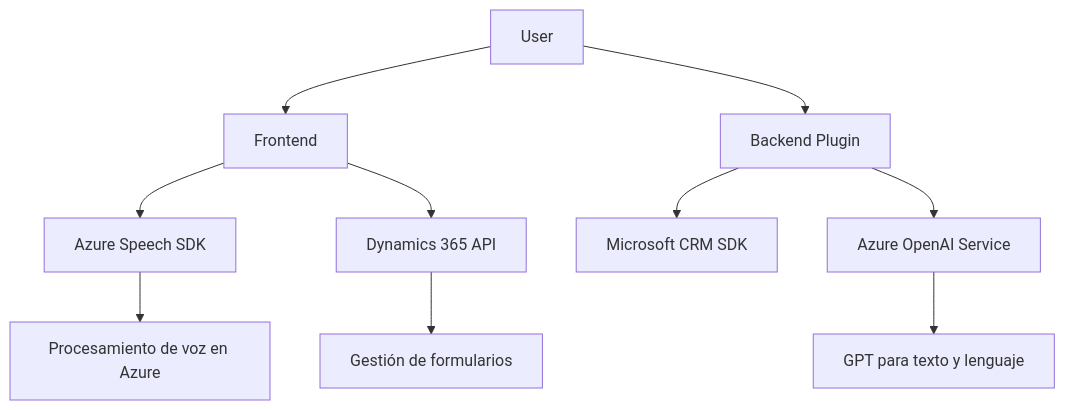
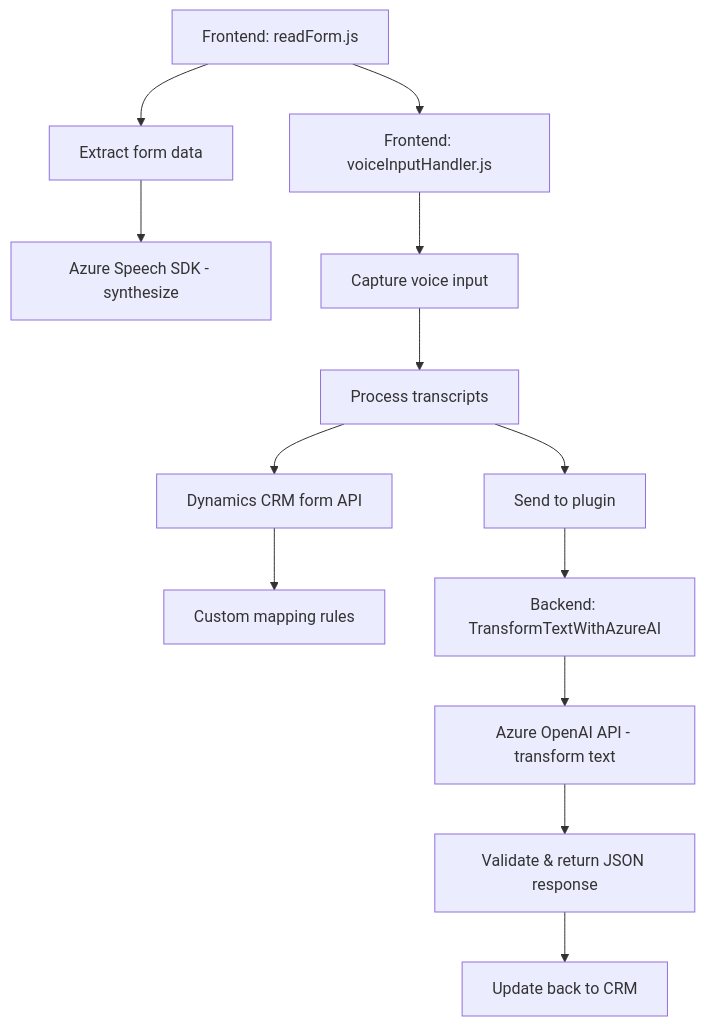
The diagram in README.md (blopezdm/NETCORE_BILBAO2025), drawn with Mermaid before and after one commit. The commit also changed other lines of this file, not shown here.

````diff
--- a/README.md
+++ b/README.md
@@ -49,12 +38,15 @@
 ```mermaid
 graph TD
-A["User"] --> B["Frontend"]
-B --> C["Azure Speech SDK"]
-B --> D["Dynamics 365 API"]
-A --> E["Backend Plugin"]
-E --> F["Microsoft CRM SDK"]
-E --> G["Azure OpenAI Service"]
-C --> H["Procesamiento de voz en Azure"]
-G --> I["GPT para texto y lenguaje"]
-D --> J["Gestión de formularios"]
+    A["Frontend: readForm.js"] --> B["Extract form data"]
+    B --> C["Azure Speech SDK - synthesize"]
+    A --> D["Frontend: voiceInputHandler.js"]
+    D --> E["Capture voice input"]
+    E --> F["Process transcripts"]
+    F --> G["Dynamics CRM form API"]
+    G --> H["Custom mapping rules"]
+    F --> I["Send to plugin"]
+    I --> J["Backend: TransformTextWithAzureAI"]
+    J --> K["Azure OpenAI API - transform text"]
+    K --> L["Validate & return JSON response"]
+    L --> M["Update back to CRM"]
 ```
````
